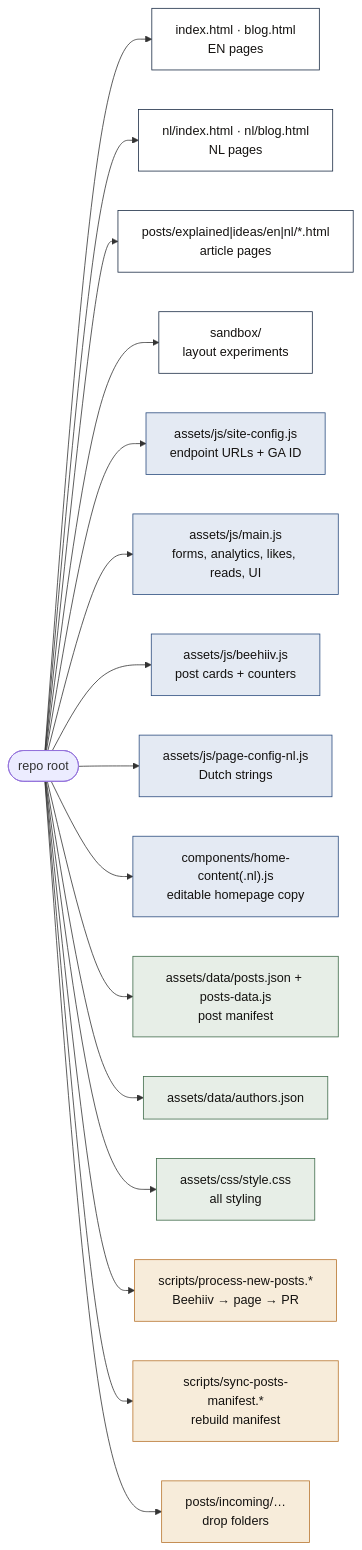
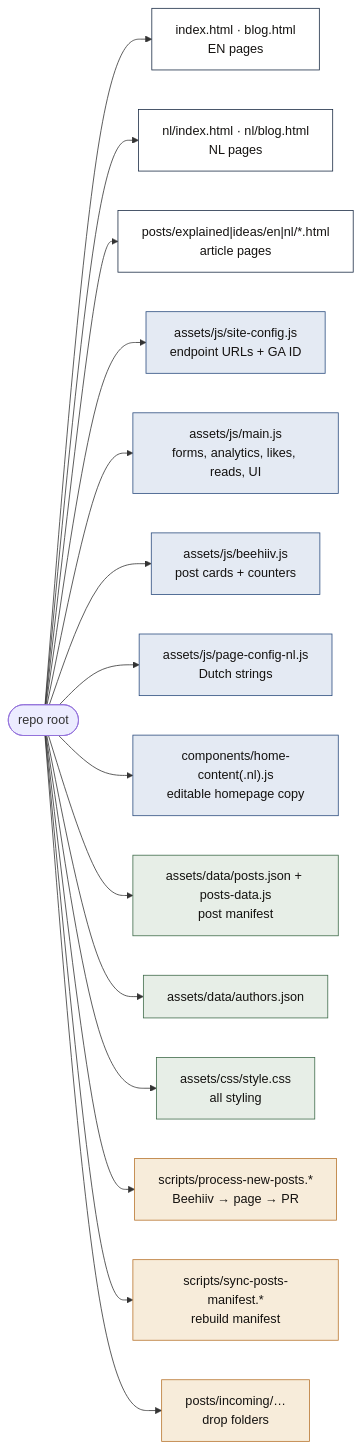
The first of 6 diagrams in docs/architecture/website.md (tuurlauryssen/tuurlauryssen.github.io), drawn with Mermaid before and after one commit. The commit also changed other lines of this file and 8 other files, not shown here.

````diff
--- a/docs/architecture/website.md
+++ b/docs/architecture/website.md
@@ -9,24 +9,23 @@
 ```mermaid
 flowchart LR
   classDef page fill:#FFFFFF,stroke:#1B2C45,color:#141210
   classDef js fill:#E4EAF3,stroke:#2B4C7E,color:#141210
   classDef data fill:#E7EEE7,stroke:#3F6B4A,color:#141210
   classDef tool fill:#F7ECDA,stroke:#B8752E,color:#141210
 
   R(["repo root"])
   R --> P1["index.html · blog.html<br/>EN pages"]:::page
   R --> P2["nl/index.html · nl/blog.html<br/>NL pages"]:::page
   R --> P3["posts/explained|ideas/en|nl/*.html<br/>article pages"]:::page
-  R --> P4["sandbox/<br/>layout experiments"]:::page
   R --> J1["assets/js/site-config.js<br/>endpoint URLs + GA ID"]:::js
   R --> J2["assets/js/main.js<br/>forms, analytics, likes, reads, UI"]:::js
   R --> J3["assets/js/beehiiv.js<br/>post cards + counters"]:::js
   R --> J4["assets/js/page-config-nl.js<br/>Dutch strings"]:::js
   R --> J5["components/home-content(.nl).js<br/>editable homepage copy"]:::js
   R --> D1["assets/data/posts.json + posts-data.js<br/>post manifest"]:::data
   R --> D2["assets/data/authors.json"]:::data
   R --> D3["assets/css/style.css<br/>all styling"]:::data
   R --> T1["scripts/process-new-posts.*<br/>Beehiiv → page → PR"]:::tool
   R --> T2["scripts/sync-posts-manifest.*<br/>rebuild manifest"]:::tool
   R --> T3["posts/incoming/…<br/>drop folders"]:::tool
 ```
````
